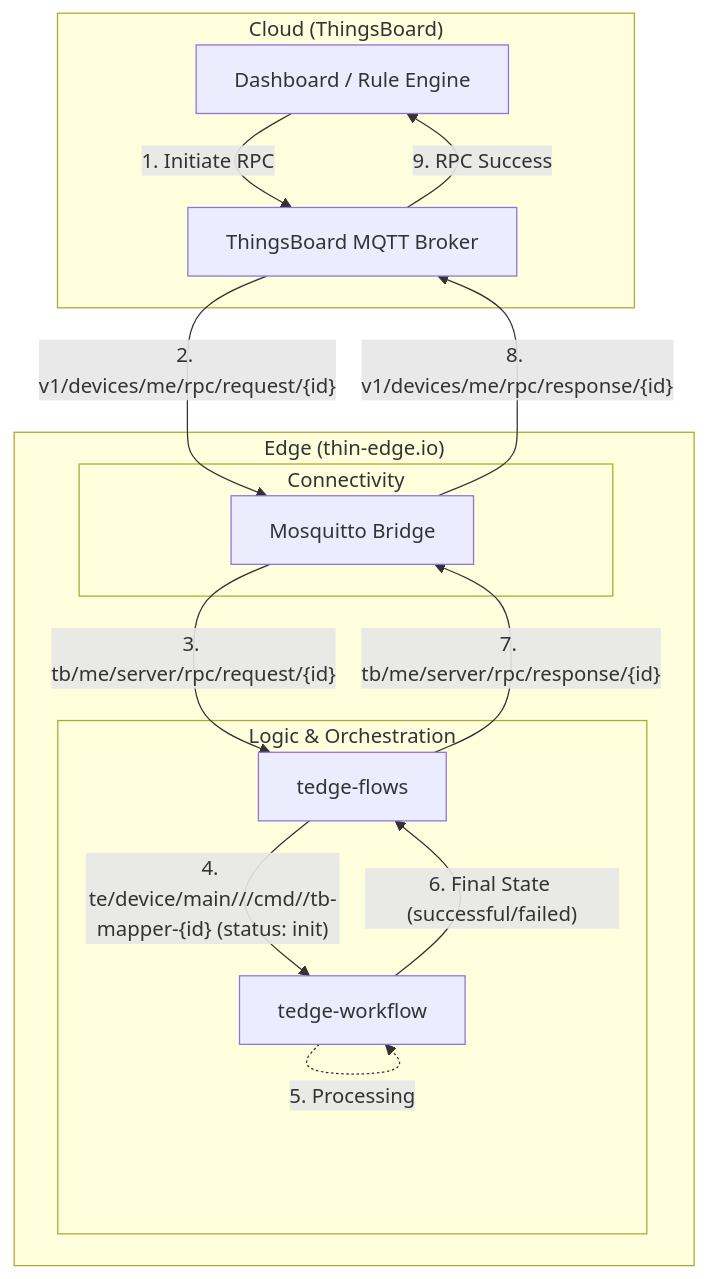
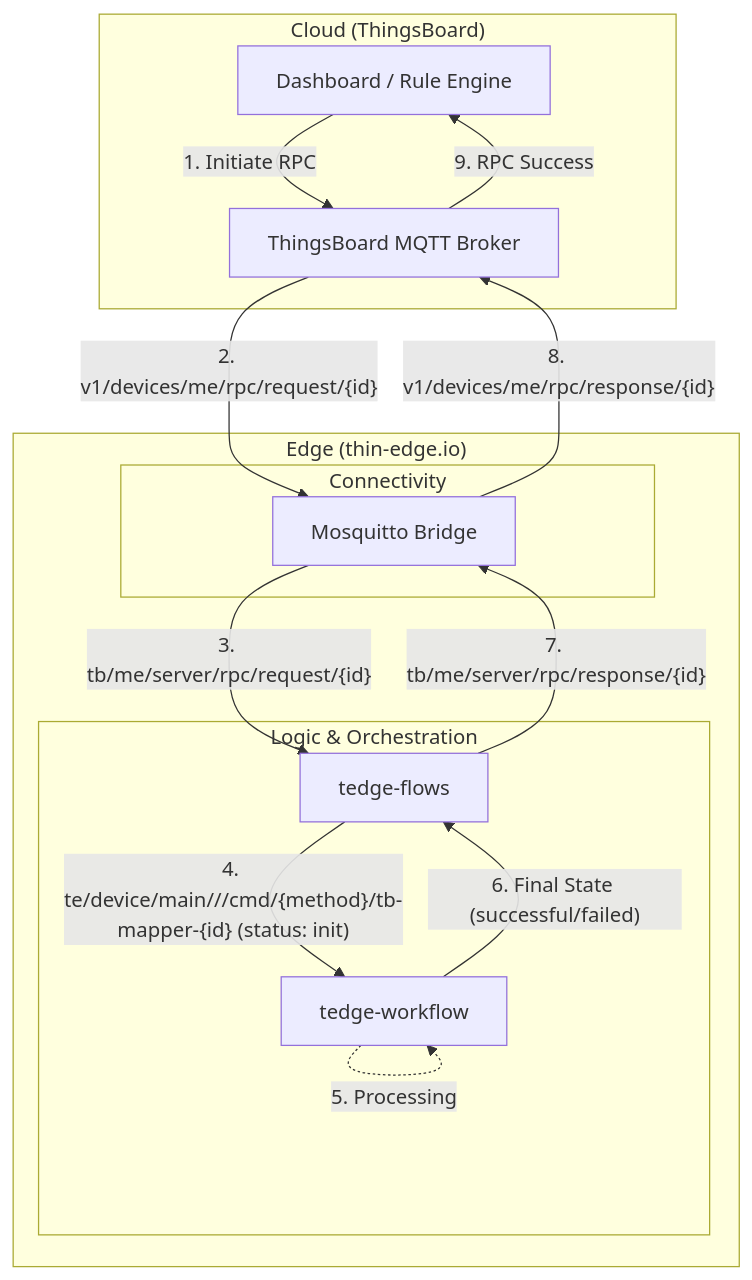
One commit to thin-edge/tedge-flows-examples changed the diagram in flows/thingsboard-server-rpc/e2e-guide.md. Above: the diagram before and after it, drawn with Mermaid. The commit also changed other lines of this file and 3 other files, not shown here.

Commit message:
Update markdown files for all TB flows

````diff
--- a/flows/thingsboard-server-rpc/e2e-guide.md
+++ b/flows/thingsboard-server-rpc/e2e-guide.md
@@ -9,31 +9,31 @@
 ```mermaid
 graph TD
     subgraph "Cloud (ThingsBoard)"
         Dashboard[Dashboard / Rule Engine]
         TB_MQTT[ThingsBoard MQTT Broker]
     end
 
     subgraph "Edge (thin-edge.io)"
         subgraph "Connectivity"
             Bridge[Mosquitto Bridge]
         end
 
         subgraph "Logic & Orchestration"
             Flows[tedge-flows]
             Workflow[tedge-workflow]
         end
     end
 
     %% Communication Flow: Request
     Dashboard -->|"1. Initiate RPC"| TB_MQTT
     TB_MQTT -->|"2. v1/devices/me/rpc/request/{id}"| Bridge
     Bridge -->|"3. tb/me/server/rpc/request/{id}"| Flows
-    Flows -->|"4. te/device/main///cmd/<method>/tb-mapper-{id} (status: init)"| Workflow
+    Flows -->|"4. te/device/main///cmd/{method}/tb-mapper-{id} (status: init)"| Workflow
 
     %% Communication Flow: Execution & Response
     Workflow -.->|"5. Processing"| Workflow
     Workflow -->|"6. Final State (successful/failed)"| Flows
     Flows -->|"7. tb/me/server/rpc/response/{id}"| Bridge
     Bridge -->|"8. v1/devices/me/rpc/response/{id}"| TB_MQTT
     TB_MQTT -->|"9. RPC Success"| Dashboard
 ```
````
